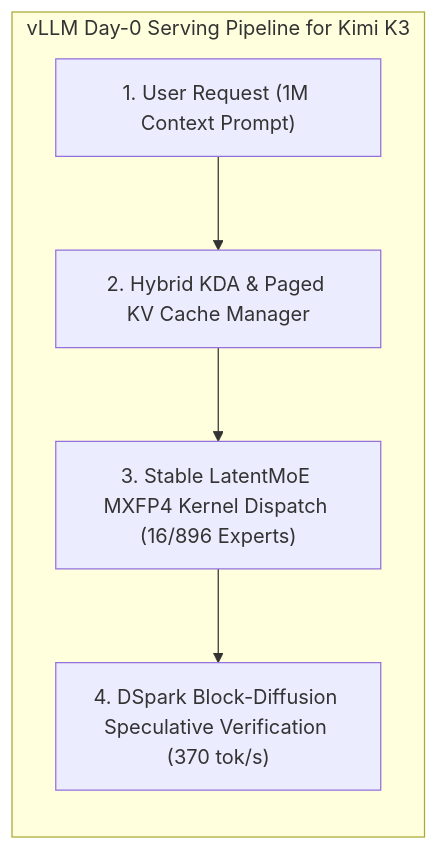
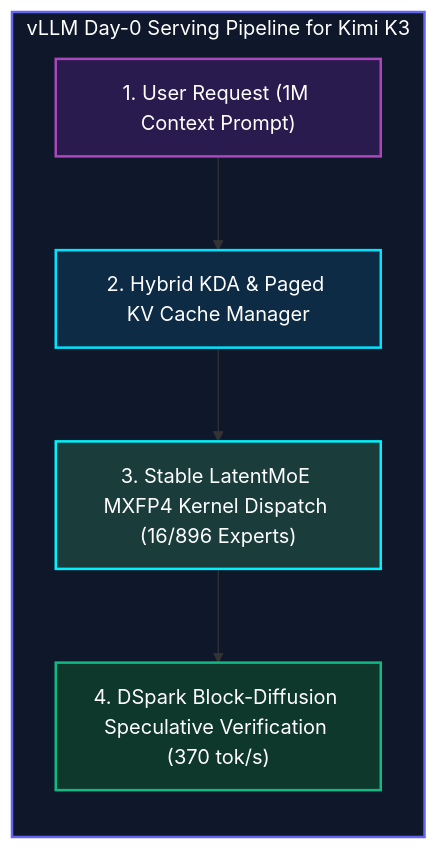
The second of 4 diagrams in contents/blog/0066-hosting-kimi-k3-vllm/index.md (narenandu/narenvadapalli_dot_com), drawn with Mermaid before and after one commit. The commit also changed other lines of this file, not shown here.

Commit message:
style: add rich dark-mode fill colors to Mermaid diagrams and collapse Python script in Kimi K3 hosting post

````diff
--- a/contents/blog/0066-hosting-kimi-k3-vllm/index.md
+++ b/contents/blog/0066-hosting-kimi-k3-vllm/index.md
@@ -95,9 +100,15 @@
 ```mermaid
 flowchart TD
     subgraph vLLMServingStack["vLLM Day-0 Serving Pipeline for Kimi K3"]
         direction TB
         M1["1. User Request (1M Context Prompt)"] --> M2["2. Hybrid KDA & Paged KV Cache Manager"]
         M2 --> M3["3. Stable LatentMoE MXFP4 Kernel Dispatch (16/896 Experts)"]
         M3 --> M4["4. DSpark Block-Diffusion Speculative Verification (370 tok/s)"]
     end
+
+    style vLLMServingStack fill:#0f172a,stroke:#6366f1,stroke-width:2px,color:#ffffff;
+    style M1 fill:#2a1b4e,stroke:#ab47bc,stroke-width:2px,color:#ffffff;
+    style M2 fill:#0d2b45,stroke:#00e5ff,stroke-width:2px,color:#ffffff;
+    style M3 fill:#1a3d3c,stroke:#00f2fe,stroke-width:2px,color:#ffffff;
+    style M4 fill:#0f382c,stroke:#10b981,stroke-width:2px,color:#ffffff;
 ```
````
